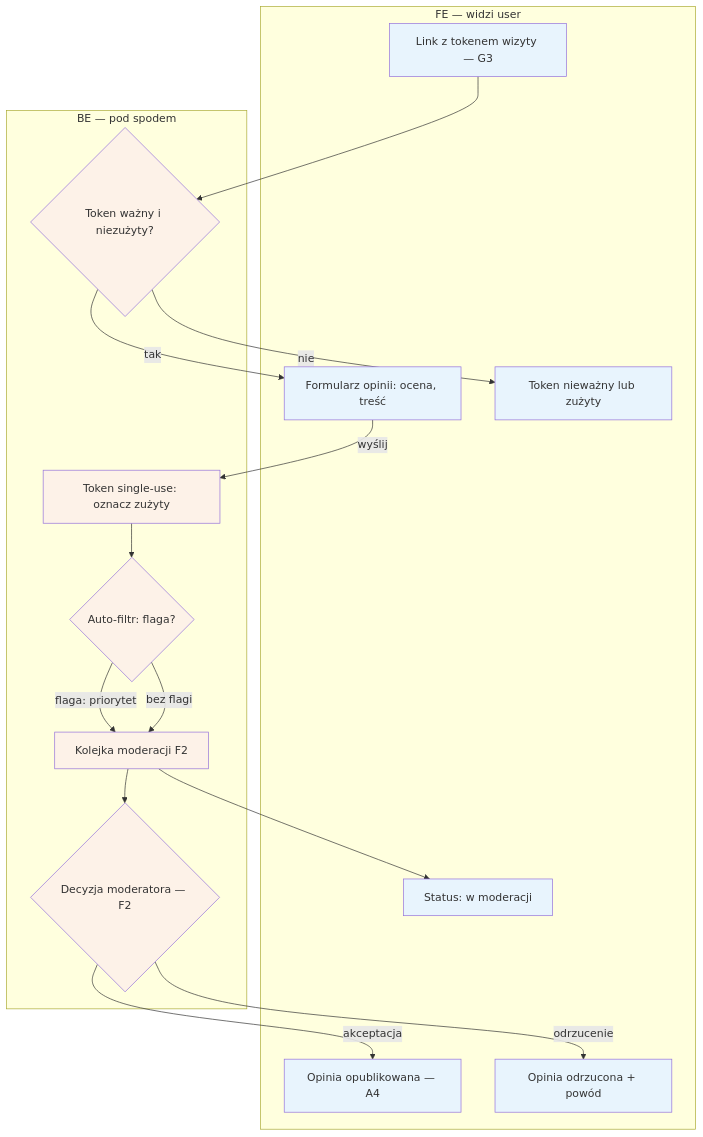
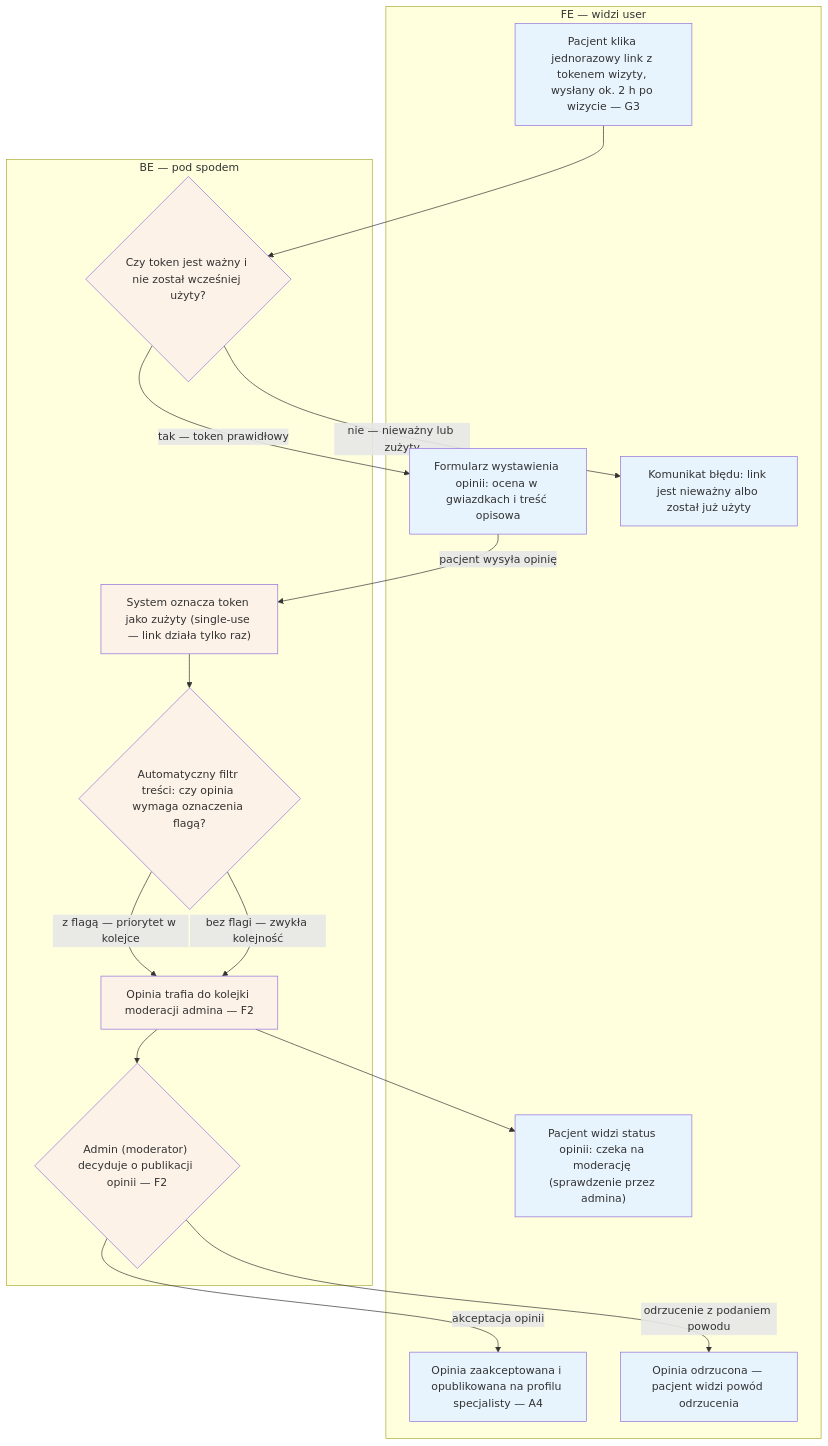
The diagram in diagrams/b-pacjent-konto/b5-wystawienie-opinii.md (QooperBoy/medivo_portal), drawn with Mermaid before and after one commit. The commit also changed other lines of this file and 47 other files, not shown here.

First line of the commit message:
czytelnosc: pelne etykiety + sekcje Aktorzy i Objasnienie blokow (23 diagramy)

````diff
--- a/diagrams/b-pacjent-konto/b5-wystawienie-opinii.md
+++ b/diagrams/b-pacjent-konto/b5-wystawienie-opinii.md
@@ -3,32 +3,32 @@
 ```mermaid
 flowchart TD
     subgraph FE["FE — widzi user"]
-        LINK["Link z tokenem wizyty — G3"]
-        FORM["Formularz opinii: ocena, treść"]
-        BLAD["Token nieważny lub zużyty"]
-        STATUS["Status: w moderacji"]
-        OPUBLIKOWANA["Opinia opublikowana — A4"]
-        ODRZUCONA["Opinia odrzucona + powód"]
+        LINK["Pacjent klika jednorazowy link z tokenem wizyty, wysłany ok. 2 h po wizycie — G3"]
+        FORM["Formularz wystawienia opinii: ocena w gwiazdkach i treść opisowa"]
+        BLAD["Komunikat błędu: link jest nieważny albo został już użyty"]
+        STATUS["Pacjent widzi status opinii: czeka na moderację (sprawdzenie przez admina)"]
+        OPUBLIKOWANA["Opinia zaakceptowana i opublikowana na profilu specjalisty — A4"]
+        ODRZUCONA["Opinia odrzucona — pacjent widzi powód odrzucenia"]
     end
     subgraph BE["BE — pod spodem"]
-        TOKEN{"Token ważny i niezużyty?"}
-        ZUZYCIE["Token single-use: oznacz zużyty"]
-        FILTR{"Auto-filtr: flaga?"}
-        KOLEJKA["Kolejka moderacji F2"]
-        DECYZJA{"Decyzja moderatora — F2"}
+        TOKEN{"Czy token jest ważny i nie został wcześniej użyty?"}
+        ZUZYCIE["System oznacza token jako zużyty (single-use — link działa tylko raz)"]
+        FILTR{"Automatyczny filtr treści: czy opinia wymaga oznaczenia flagą?"}
+        KOLEJKA["Opinia trafia do kolejki moderacji admina — F2"]
+        DECYZJA{"Admin (moderator) decyduje o publikacji opinii — F2"}
     end
     LINK --> TOKEN
-    TOKEN -->|tak| FORM
-    TOKEN -->|nie| BLAD
-    FORM -->|wyślij| ZUZYCIE --> FILTR
-    FILTR -->|flaga: priorytet| KOLEJKA
-    FILTR -->|bez flagi| KOLEJKA
+    TOKEN -->|tak — token prawidłowy| FORM
+    TOKEN -->|nie — nieważny lub zużyty| BLAD
+    FORM -->|pacjent wysyła opinię| ZUZYCIE --> FILTR
+    FILTR -->|z flagą — priorytet w kolejce| KOLEJKA
+    FILTR -->|bez flagi — zwykła kolejność| KOLEJKA
     KOLEJKA --> STATUS
     KOLEJKA --> DECYZJA
-    DECYZJA -->|akceptacja| OPUBLIKOWANA
-    DECYZJA -->|odrzucenie| ODRZUCONA
+    DECYZJA -->|akceptacja opinii| OPUBLIKOWANA
+    DECYZJA -->|odrzucenie z podaniem powodu| ODRZUCONA
     classDef fe fill:#e8f4fd
     classDef be fill:#fdf2e8
     class LINK,FORM,BLAD,STATUS,OPUBLIKOWANA,ODRZUCONA fe
     class TOKEN,ZUZYCIE,FILTR,KOLEJKA,DECYZJA be
 ```
````
